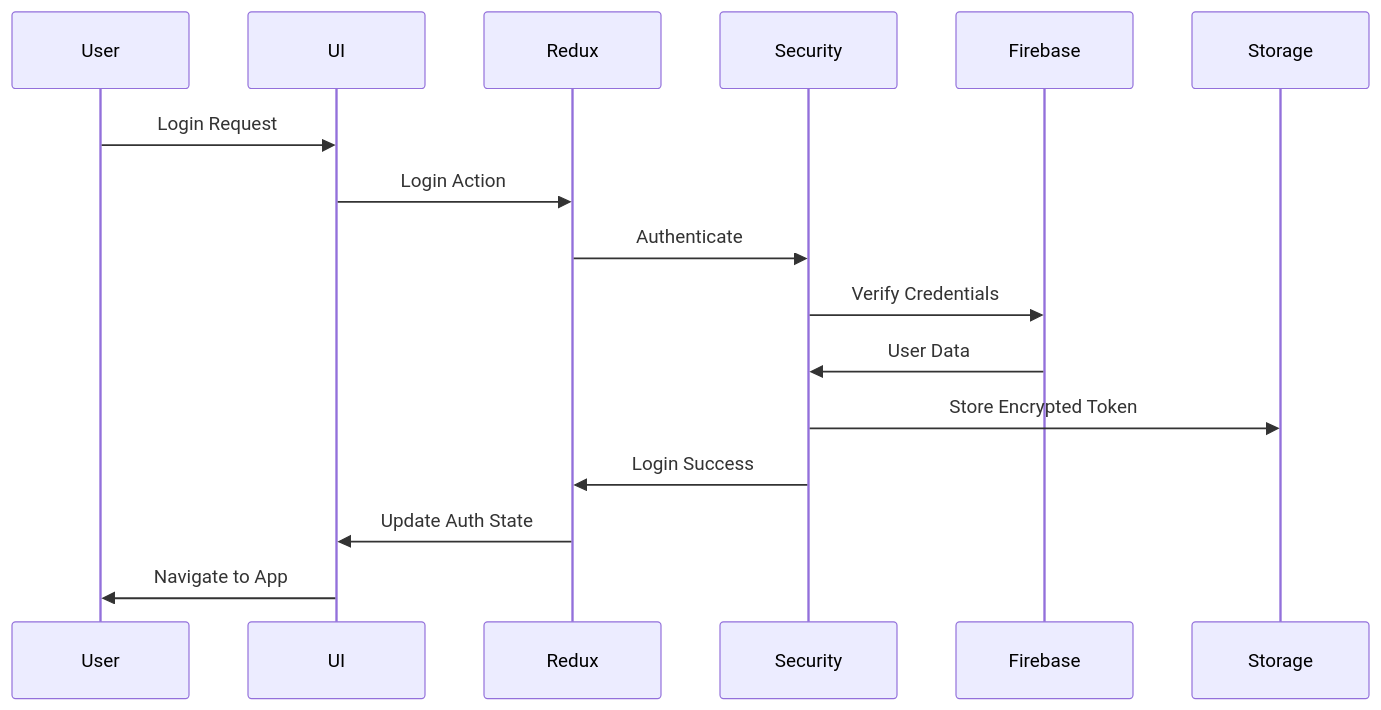
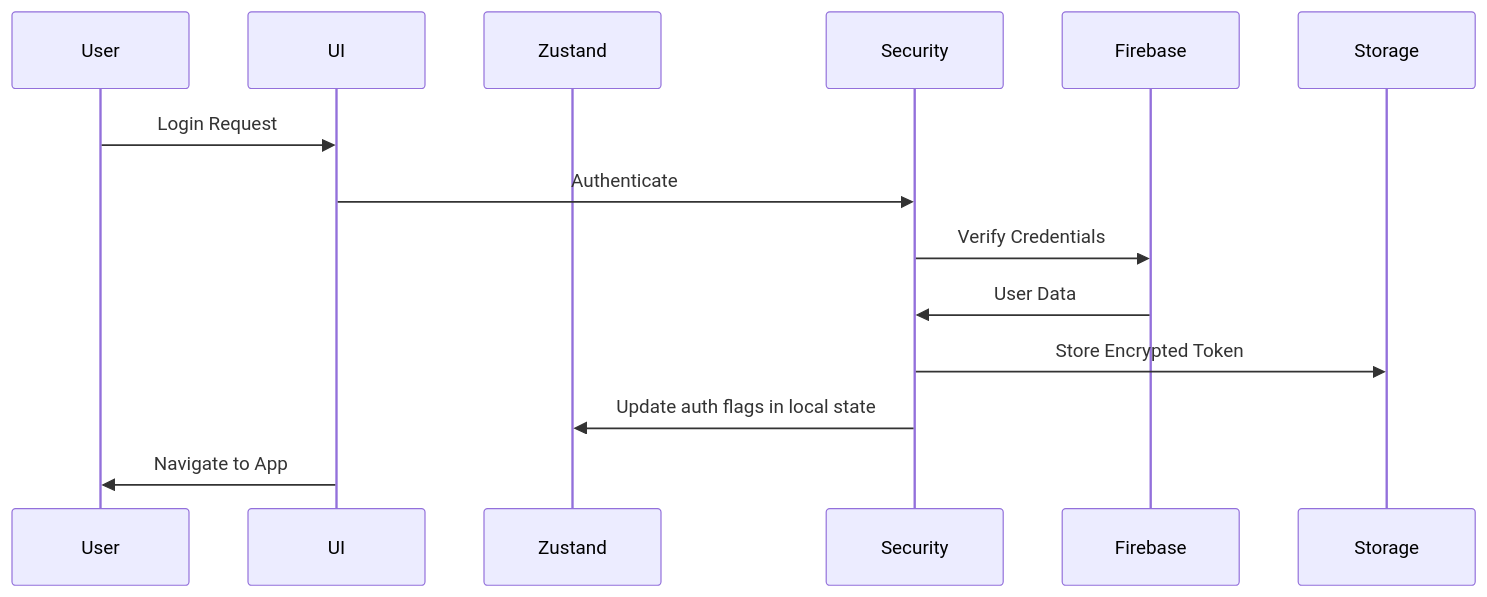
One commit to Yogendra96/Kindred changed the seventh of 23 diagrams in docs/ARCHITECTURE.md. Above: the diagram before and after it, drawn with Mermaid. The commit also changed other lines of this file and 220 other files, not shown here.

First line of the commit message:
feat(arch): migrate from Redux to Zustand & Firebase real-time listeners

````diff
--- a/docs/ARCHITECTURE.md
+++ b/docs/ARCHITECTURE.md
@@ -186,19 +240,17 @@
 ```mermaid
 sequenceDiagram
   participant User
   participant UI
-  participant Redux
+  participant Zustand
   participant Security
   participant Firebase
   participant Storage
 
   User->>UI: Login Request
-  UI->>Redux: Login Action
-  Redux->>Security: Authenticate
+  UI->>Security: Authenticate
   Security->>Firebase: Verify Credentials
   Firebase->>Security: User Data
   Security->>Storage: Store Encrypted Token
-  Security->>Redux: Login Success
-  Redux->>UI: Update Auth State
+  Security->>Zustand: Update auth flags in local state
   UI->>User: Navigate to App
 ```
````
